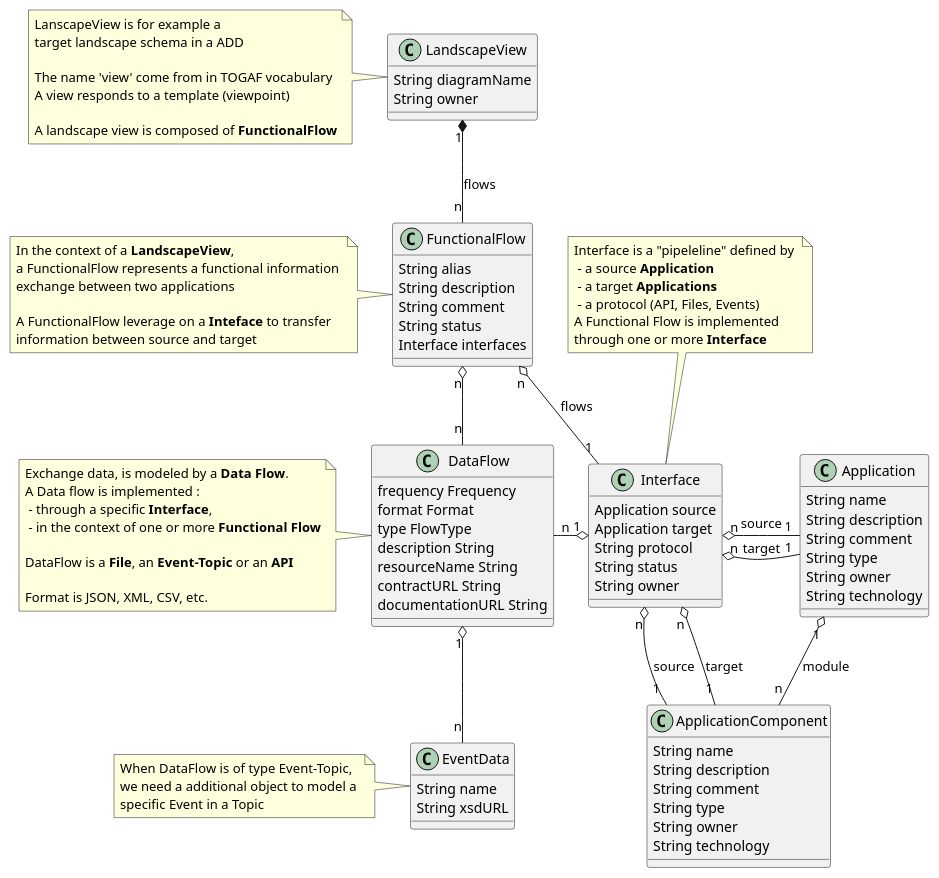
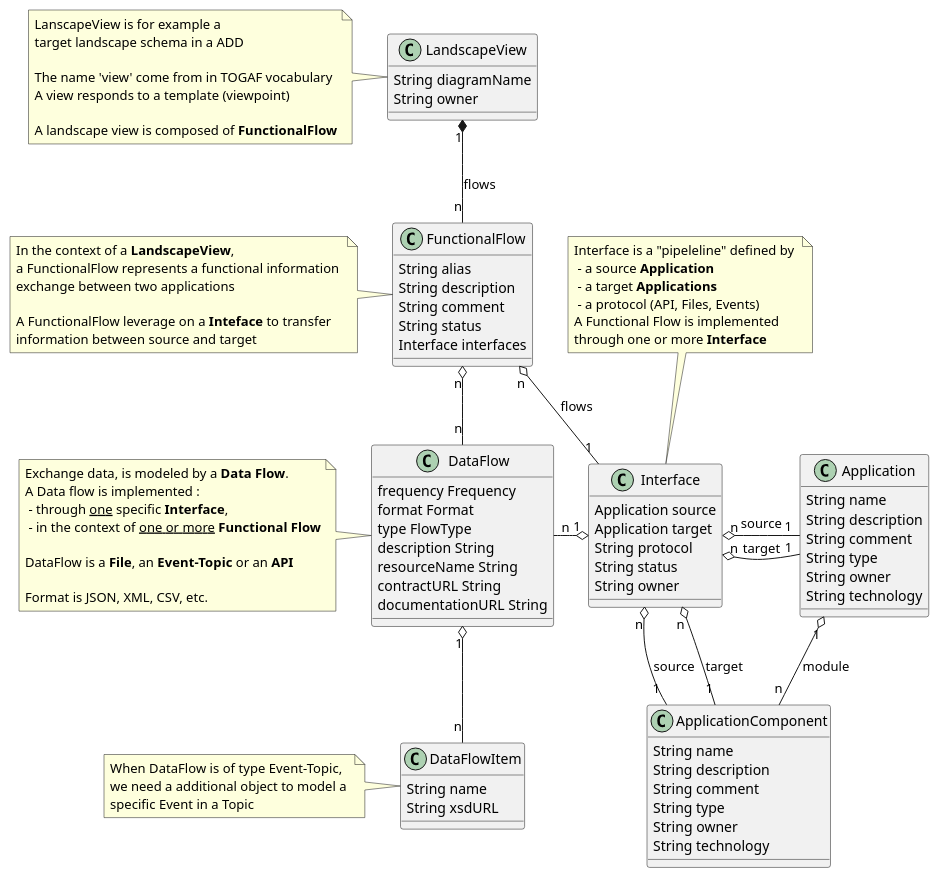
One commit to mauvaisetroupe/ea-design-it changed the diagram in documentation/metamodel/plantuml-eadesignit.puml. Above: the diagram before and after it, drawn with PlantUML. The commit also changed 4 other files, not shown here.

Commit message:
Adapt documentation (new DataFlowItem Entity)

```diff
--- a/documentation/metamodel/plantuml-eadesignit.puml
+++ b/documentation/metamodel/plantuml-eadesignit.puml
@@ -1,122 +1,122 @@
 @startuml
 LandscapeView "1" *-down- "n" FunctionalFlow : flows
 FunctionalFlow "n" o-down- "1" Interface : flows
 'FunctionalFlow "1" o-- "n" DataFlow
 DataFlow "n" -right-o "1" Interface
 DataFlow "n" -up-o "n" FunctionalFlow
 
 
 
 
 Interface "n" o-right- "1" Application : source
 Interface "n" o-right- "1" Application : target
 Interface "n" o-- "1" ApplicationComponent : source
 Interface "n" o-- "1" ApplicationComponent : target
 
 Application "1" o-- "n" ApplicationComponent : module
 
-DataFlow "1" o-- "n" EventData
+DataFlow "1" o-- "n" DataFlowItem
 
 
 
 
 Class LandscapeView {
    String diagramName 
    String owner
 }
 note left of LandscapeView
   LanscapeView is for example a 
   target landscape schema in a ADD
   
   The name 'view' come from in TOGAF vocabulary
   A view responds to a template (viewpoint)
 
   A landscape view is composed of <b>FunctionalFlow</b>
 end note 
 
 Class FunctionalFlow {
    String alias
    String description
    String comment
    String status
 	Interface interfaces
 }
 note left of FunctionalFlow
   In the context of a <b>LandscapeView</b>,
   a FunctionalFlow represents a functional information 
   exchange between two applications
   
   A FunctionalFlow leverage on a <b>Inteface</b> to transfer
   information between source and target
 end note 
 
 Class Interface {
    Application source
    Application target
    String protocol
    String status
    String owner
 }
 note top of Interface
    Interface is a "pipeleline" defined by 
     - a source <b>Application</b>
     - a target <b>Applications</b>
     - a protocol (API, Files, Events)
    A Functional Flow is implemented 
    through one or more <b>Interface</b>
 end note
 
 
 Class Application {
    String name
    String description
    String comment
    String type
    String owner
    String technology
 }
 
 Class ApplicationComponent {
    String name
    String description
    String comment
    String type
    String owner
    String technology
 }
 
 
 Class DataFlow {
     frequency Frequency
     format Format
     type FlowType
     description String
     resourceName String
     contractURL String
     documentationURL String
 }
 
 
 note left of DataFlow
   Exchange data, is modeled by a <b>Data Flow</b>.
   A Data flow is implemented :
-   - through a specific <b>Interface</b>, 
-   - in the context of one or more <b>Functional Flow</b>
+   - through <u>one</u> specific <b>Interface</b>, 
+   - in the context of <u>one or more</u> <b>Functional Flow</b>
   
   DataFlow is a <b>File</b>, an <b>Event-Topic</b> or an <b>API</b>
 
   Format is JSON, XML, CSV, etc.
 end note 
 
 
-Class EventData {
+Class DataFlowItem {
    String name
    String xsdURL
 }
 
-note left of EventData
+note left of DataFlowItem
    When DataFlow is of type Event-Topic, 
    we need a additional object to model a 
    specific Event in a Topic
 end note
 @enduml
```
